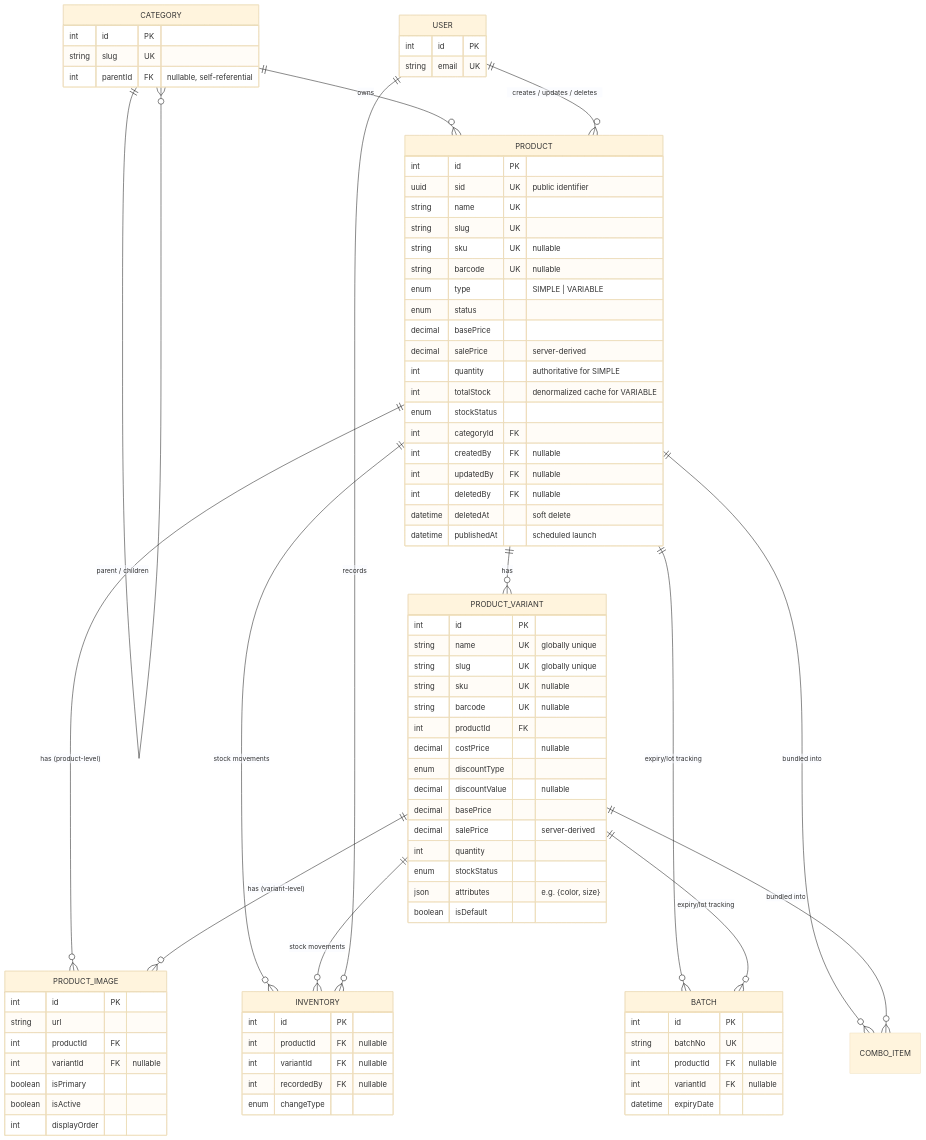
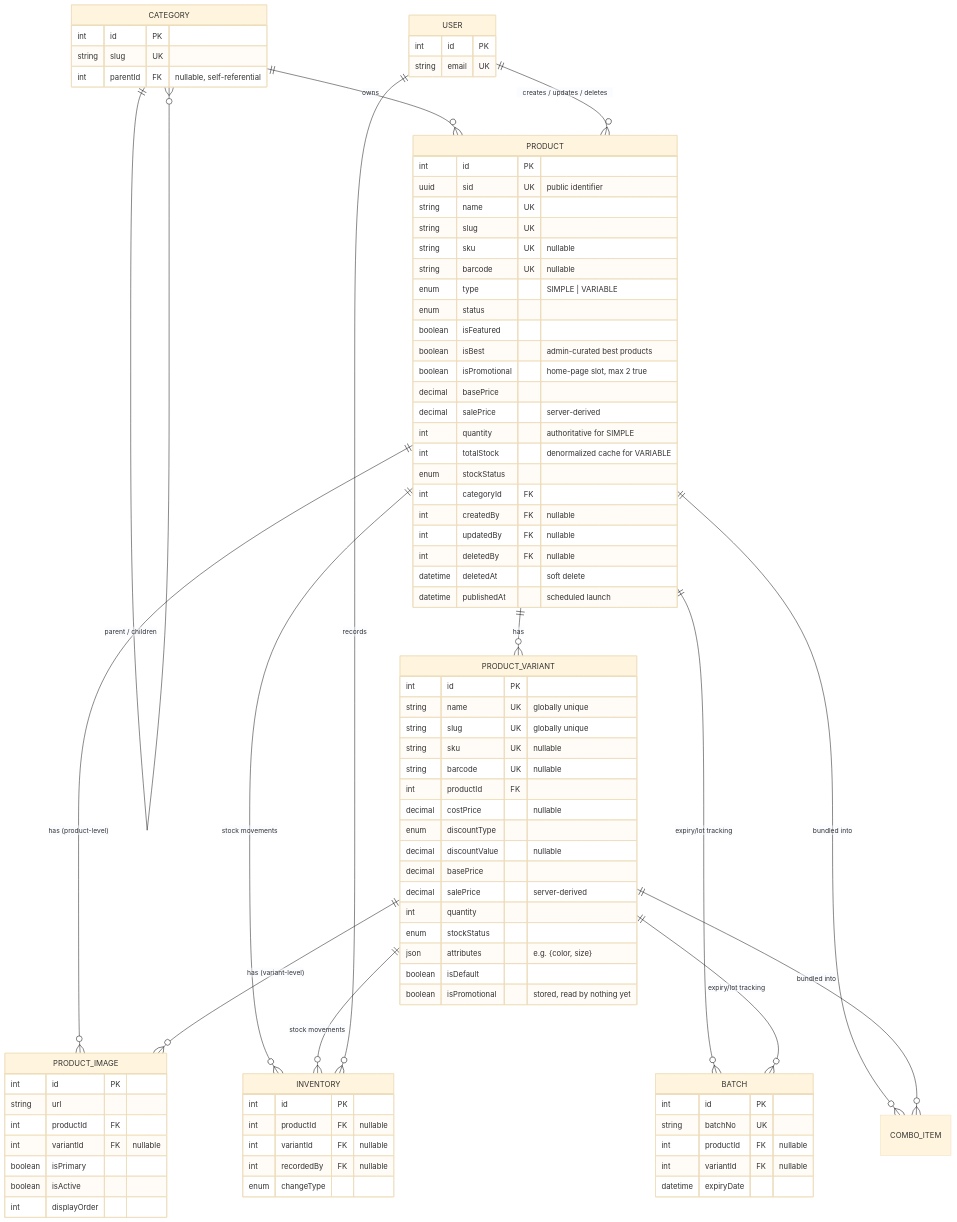
Before and after one commit to QuaziSamiha/thai-health-product-server: the diagram in docs/product.md, drawn with Mermaid (base theme). The commit also changed other lines of this file and 43 other files, not shown here.

```diff
--- a/docs/product.md
+++ b/docs/product.md
@@ -38,6 +38,9 @@
         string barcode UK "nullable"
         enum type "SIMPLE | VARIABLE"
         enum status
+        boolean isFeatured
+        boolean isBest "admin-curated best products"
+        boolean isPromotional "home-page slot, max 2 true"
         decimal basePrice
         decimal salePrice "server-derived"
         int quantity "authoritative for SIMPLE"
@@ -67,6 +70,7 @@
         enum stockStatus
         json attributes "e.g. {color, size}"
         boolean isDefault
+        boolean isPromotional "stored, read by nothing yet"
     }
 
     PRODUCT_IMAGE {
```
